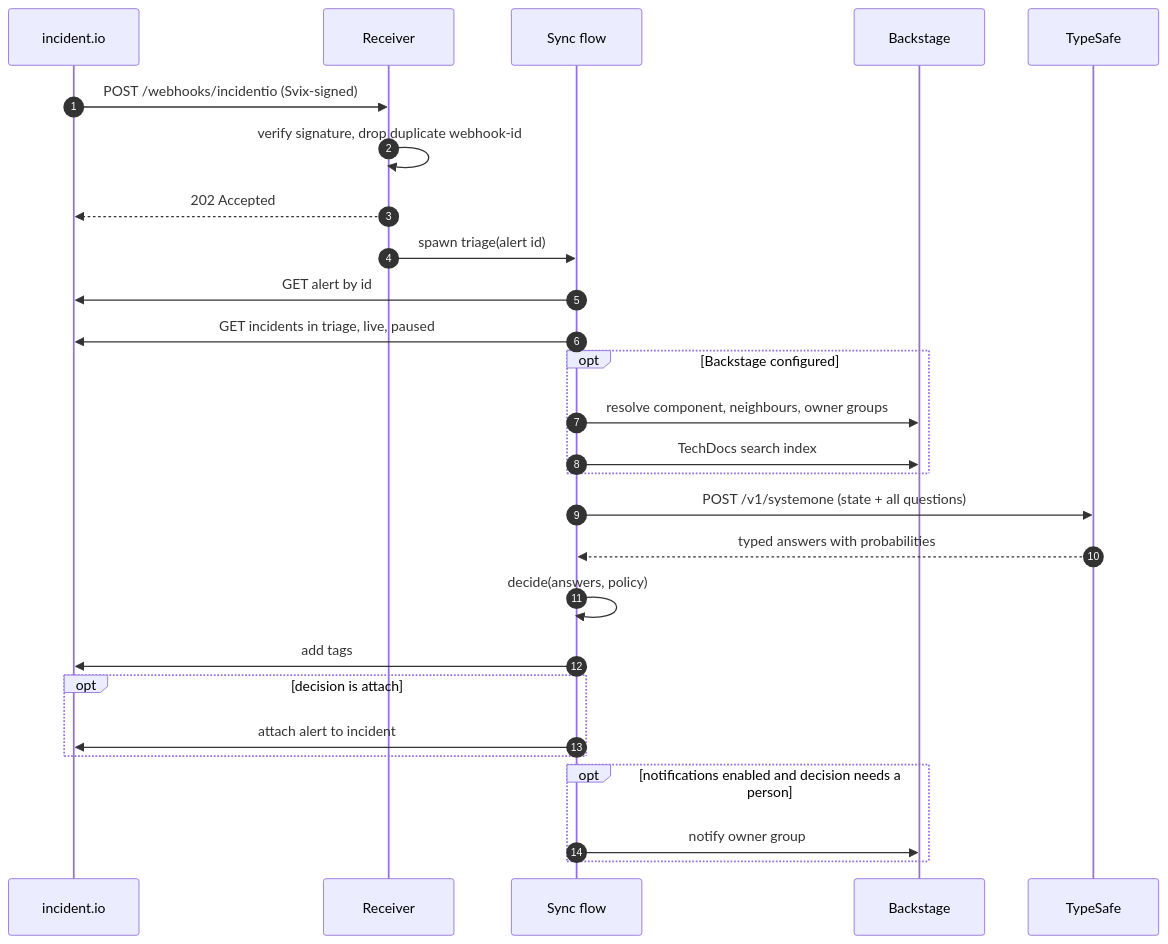
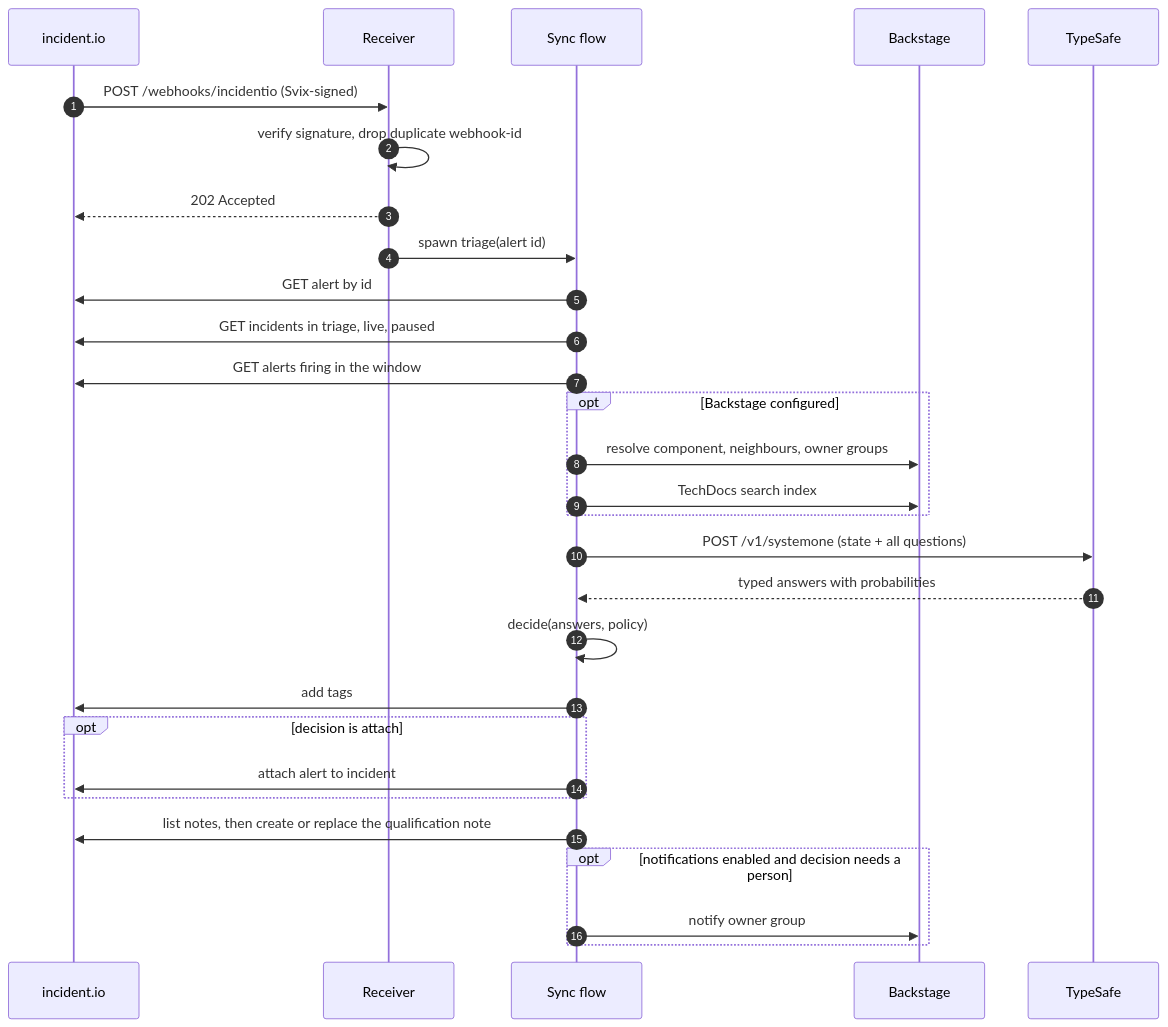
Before and after one commit to chussenot/signalman: the second of 2 diagrams in docs/architecture.md, drawn with Mermaid. The commit also changed other lines of this file and 27 other files, not shown here.

First line of the commit message:
Reduce mean time to qualify: qualification note, related alerts, timing

````diff
--- a/docs/architecture.md
+++ b/docs/architecture.md
@@ -60,29 +60,31 @@
 ```mermaid
 sequenceDiagram
     autonumber
     participant IO as incident.io
     participant R as Receiver
     participant F as Sync flow
     participant BS as Backstage
     participant TS as TypeSafe
     IO->>R: POST /webhooks/incidentio (Svix-signed)
     R->>R: verify signature, drop duplicate webhook-id
     R-->>IO: 202 Accepted
     R->>F: spawn triage(alert id)
     F->>IO: GET alert by id
     F->>IO: GET incidents in triage, live, paused
+    F->>IO: GET alerts firing in the window
     opt Backstage configured
         F->>BS: resolve component, neighbours, owner groups
         F->>BS: TechDocs search index
     end
     F->>TS: POST /v1/systemone (state + all questions)
     TS-->>F: typed answers with probabilities
     F->>F: decide(answers, policy)
     F->>IO: add tags
     opt decision is attach
         F->>IO: attach alert to incident
     end
+    F->>IO: list notes, then create or replace the qualification note
     opt notifications enabled and decision needs a person
         F->>BS: notify owner group
     end
 ```
````
